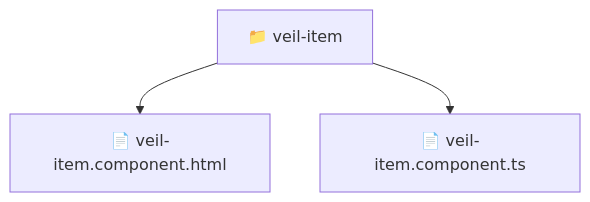
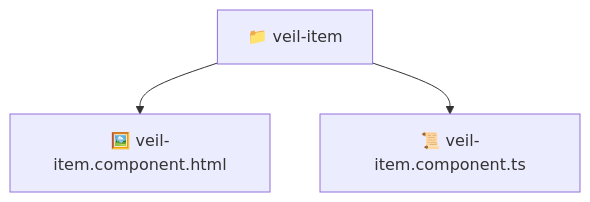
One commit to beginwebdev2002/fullstack-mavluda changed the diagram in frontend/src/pages/veil/ui/veil-item/README.md. Above: the diagram before and after it, drawn with Mermaid. The commit also changed other lines of this file and 163 other files, not shown here.

````diff
--- a/frontend/src/pages/veil/ui/veil-item/README.md
+++ b/frontend/src/pages/veil/ui/veil-item/README.md
@@ -11,6 +11,6 @@
 ```mermaid
 graph TD
-  Root["📁 veil-item"]
-  Root --> veil_item_component_html["📄 veil-item.component.html"]
-  Root --> veil_item_component_ts["📄 veil-item.component.ts"]
+  veil_item["📁 veil-item"]
+  veil_item --> veil_item_component_html["🖼️ veil-item.component.html"]
+  veil_item --> veil_item_component_ts["📜 veil-item.component.ts"]
 ```
````
